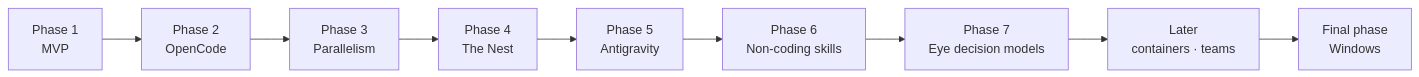
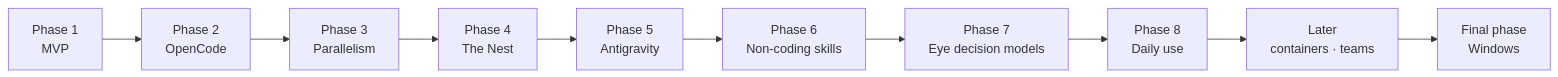
One commit to ABakdi/Oraknid changed the diagram in docs/03-Planning/Roadmap.md. Above: the diagram before and after it, drawn with Mermaid. The commit also changed other lines of this file and 10 other files, not shown here.

Commit message:
docs: Phase 8, daily use: the New work page, repos, chats and the helper, in the canon

````diff
--- a/docs/03-Planning/Roadmap.md
+++ b/docs/03-Planning/Roadmap.md
@@ -7,11 +7,12 @@
 ```mermaid
 flowchart LR
     P1[Phase 1<br/>MVP] --> P2[Phase 2<br/>OpenCode]
     P2 --> P3[Phase 3<br/>Parallelism]
     P3 --> P4[Phase 4<br/>The Nest]
     P4 --> P5[Phase 5<br/>Antigravity]
     P5 --> P6[Phase 6<br/>Non-coding skills]
     P6 --> P7[Phase 7<br/>Eye decision models]
-    P7 --> L[Later<br/>containers · teams]
+    P7 --> P8[Phase 8<br/>Daily use]
+    P8 --> L[Later<br/>containers · teams]
     L --> W[Final phase<br/>Windows]
 ```
````
